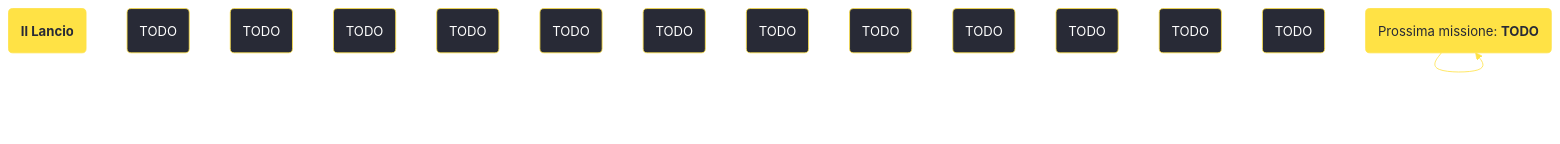
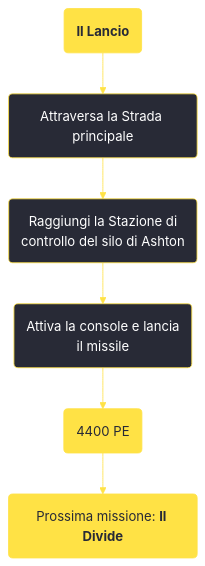
The diagram in content/voci/fallout new vegas/missioni/Il Lancio.md (persy/wastelander), drawn with Mermaid before and after one commit. The commit also changed 174 other files, not shown here.

````diff
--- a/content/voci/fallout new vegas/missioni/Il Lancio.md
+++ b/content/voci/fallout new vegas/missioni/Il Lancio.md
@@ -32,24 +32,16 @@
 ```mermaid
 %%{init: {'theme': 'base', 'themeVariables': { 'primaryColor': '#282a36', 'primaryBorderColor': '#ffe245', 'primaryTextColor': '#fff', 'lineColor': '#ffe245', 'fontFamily': 'Jura'}}}%%
 graph TD;
     id1(<b>Il Lancio</b>):::questfnv
-    id2(TODO)
-    id3(TODO)
-    id4(TODO)
-    id5(TODO)
-    id6(TODO)
-    id7(TODO) 
-    id8(TODO)
-    id9(TODO)
-    id10(TODO)
-    id11(TODO)
-    id12(TODO)
-    id13(TODO) 
-    id(TODO):::rewardfnv
-    id(Prossima missione: <b>TODO</b>):::questfnv
-    id-->id-->id-->id-->id-->id-->id
+    id2(Attraversa la Strada principale)
+    id3(Raggiungi la Stazione di <br />controllo del silo di Ashton)
+    id4(Attiva la console e lancia <br />il missile)
+    id5(4400 PE):::rewardfnv
+    id6(Prossima missione: <b>Il Divide</b>):::questfnv
     
-    click id "../TODO"
+    id1-->id2-->id3-->id4-->id5-->id6
+    
+    click id6 "../il-divide"
     classDef rewardfnv fill:#ffe245, stroke:#ffe245, color:#282a36;
     classDef questfnv fill:#ffe245, stroke:#ffe245, color:#282a36;
 ```
````
